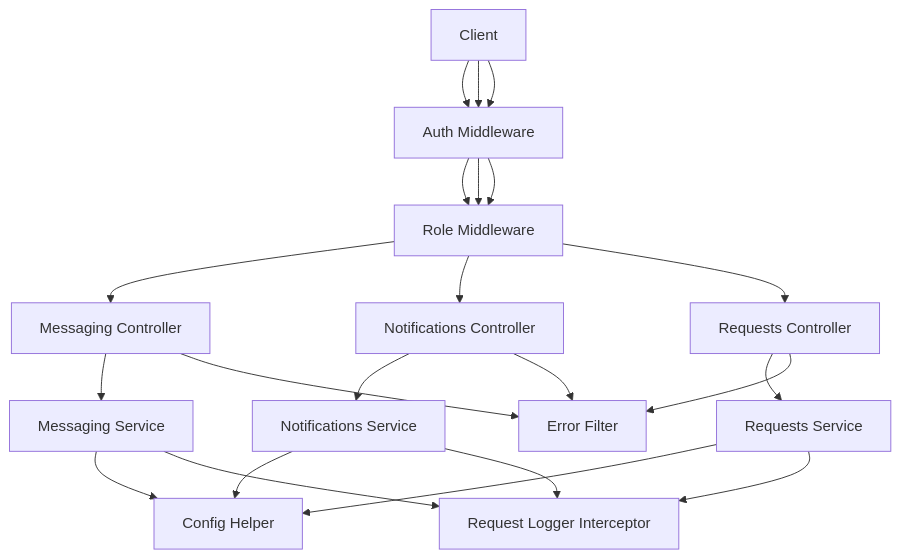
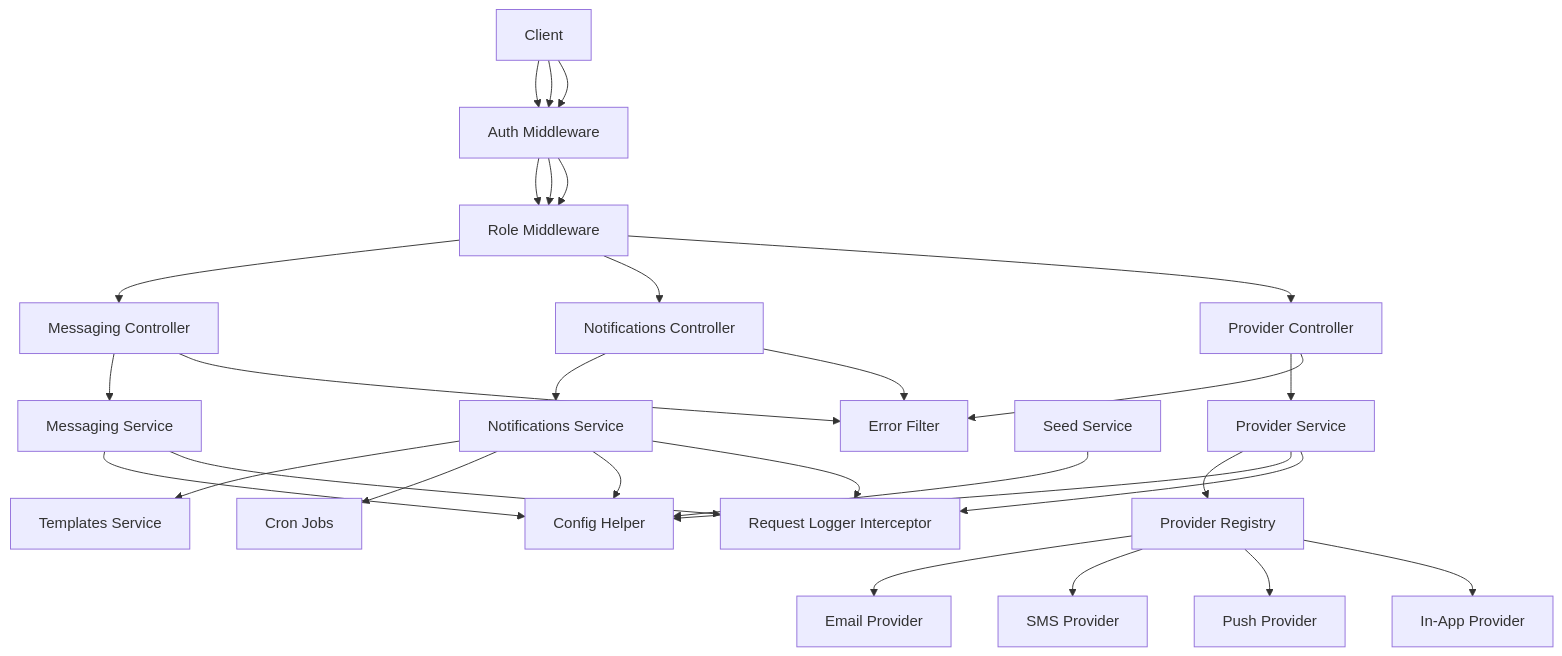
One commit to franckylab/eLISAschool changed the second of 6 diagrams in .qoder/repowiki/en/content/Modules & Features/Utility Modules.md. Above: the diagram before and after it, drawn with Mermaid. The commit also changed other lines of this file and 390 other files, not shown here.

````diff
--- a/.qoder/repowiki/en/content/Modules & Features/Utility Modules.md
+++ b/.qoder/repowiki/en/content/Modules & Features/Utility Modules.md
@@ -186,27 +223,43 @@
 ```mermaid
 graph TB
 Client["Client"]
 Auth["Auth Middleware"]
 Role["Role Middleware"]
 CtrlMsg["Messaging Controller"]
 SvcMsg["Messaging Service"]
 CtrlNotif["Notifications Controller"]
+CtrlProv["Provider Controller"]
 SvcNotif["Notifications Service"]
-CtrlReq["Requests Controller"]
-SvcReq["Requests Service"]
+SvcProv["Provider Service"]
+SvcTemp["Templates Service"]
+SvcSeed["Seed Service"]
+ProvReg["Provider Registry"]
+EmailProv["Email Provider"]
+SMSProv["SMS Provider"]
+PushProv["Push Provider"]
+InAppProv["In-App Provider"]
+CronJobs["Cron Jobs"]
 Cfg["Config Helper"]
 Log["Request Logger Interceptor"]
 Err["Error Filter"]
 Client --> Auth --> Role --> CtrlMsg --> SvcMsg
 Client --> Auth --> Role --> CtrlNotif --> SvcNotif
-Client --> Auth --> Role --> CtrlReq --> SvcReq
+Client --> Auth --> Role --> CtrlProv --> SvcProv
+SvcNotif --> SvcTemp
+SvcProv --> ProvReg
+ProvReg --> EmailProv
+ProvReg --> SMSProv
+ProvReg --> PushProv
+ProvReg --> InAppProv
+SvcNotif --> CronJobs
 SvcMsg --> Cfg
 SvcNotif --> Cfg
-SvcReq --> Cfg
+SvcProv --> Cfg
+SvcSeed --> Cfg
 SvcMsg --> Log
 SvcNotif --> Log
-SvcReq --> Log
+SvcProv --> Log
 CtrlMsg --> Err
 CtrlNotif --> Err
-CtrlReq --> Err
+CtrlProv --> Err
 ```
````
